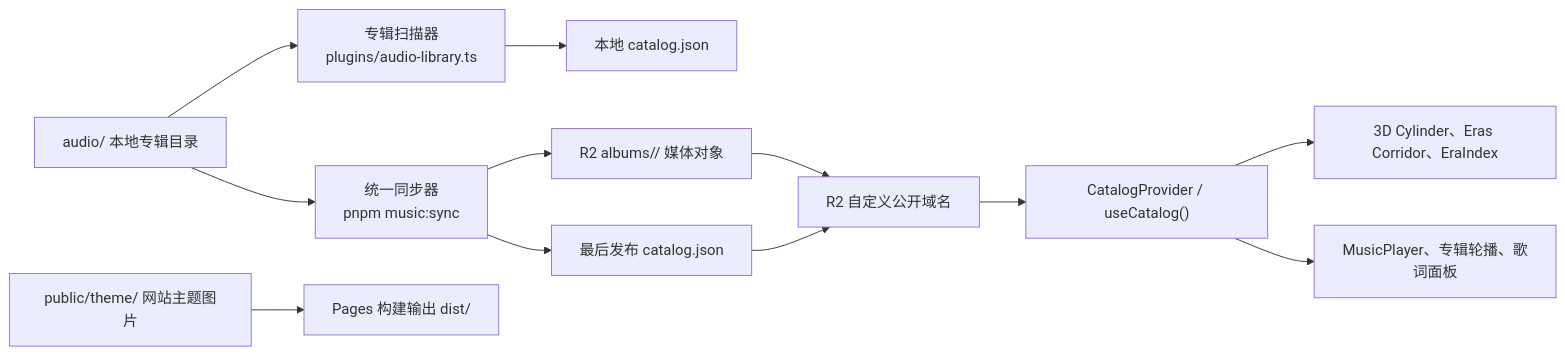
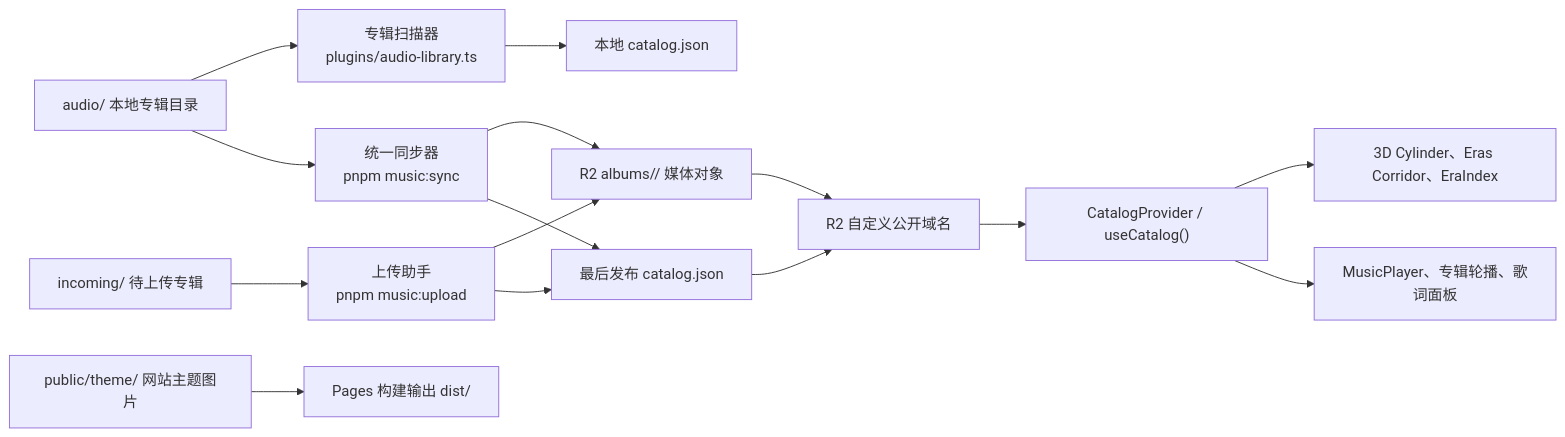
Before and after one commit to XYL333FYQ/taylor-swift-cinematic: the diagram in docs/PROJECT_ARCHITECTURE.md, drawn with Mermaid. The commit also changed other lines of this file and 26 other files, not shown here.

```diff
--- a/docs/PROJECT_ARCHITECTURE.md
+++ b/docs/PROJECT_ARCHITECTURE.md
@@ -7,14 +9,17 @@
 ~~~mermaid
 flowchart LR
   A["audio/ 本地专辑目录"] --> B["专辑扫描器<br/>plugins/audio-library.ts"]
   B --> C["本地 catalog.json"]
   A --> D["统一同步器<br/>pnpm music:sync"]
+  U["incoming/ 待上传专辑"] --> V["上传助手<br/>pnpm music:upload"]
+  V --> E
+  V --> F
   D --> E["R2 albums/<album-id>/ 媒体对象"]
   D --> F["最后发布 catalog.json"]
   E --> G["R2 自定义公开域名"]
   F --> G
   G --> H["CatalogProvider / useCatalog()"]
   H --> I["3D Cylinder、Eras Corridor、EraIndex"]
   H --> J["MusicPlayer、专辑轮播、歌词面板"]
   K["public/theme/ 网站主题图片"] --> L["Pages 构建输出 dist/"]
 ~~~
```
